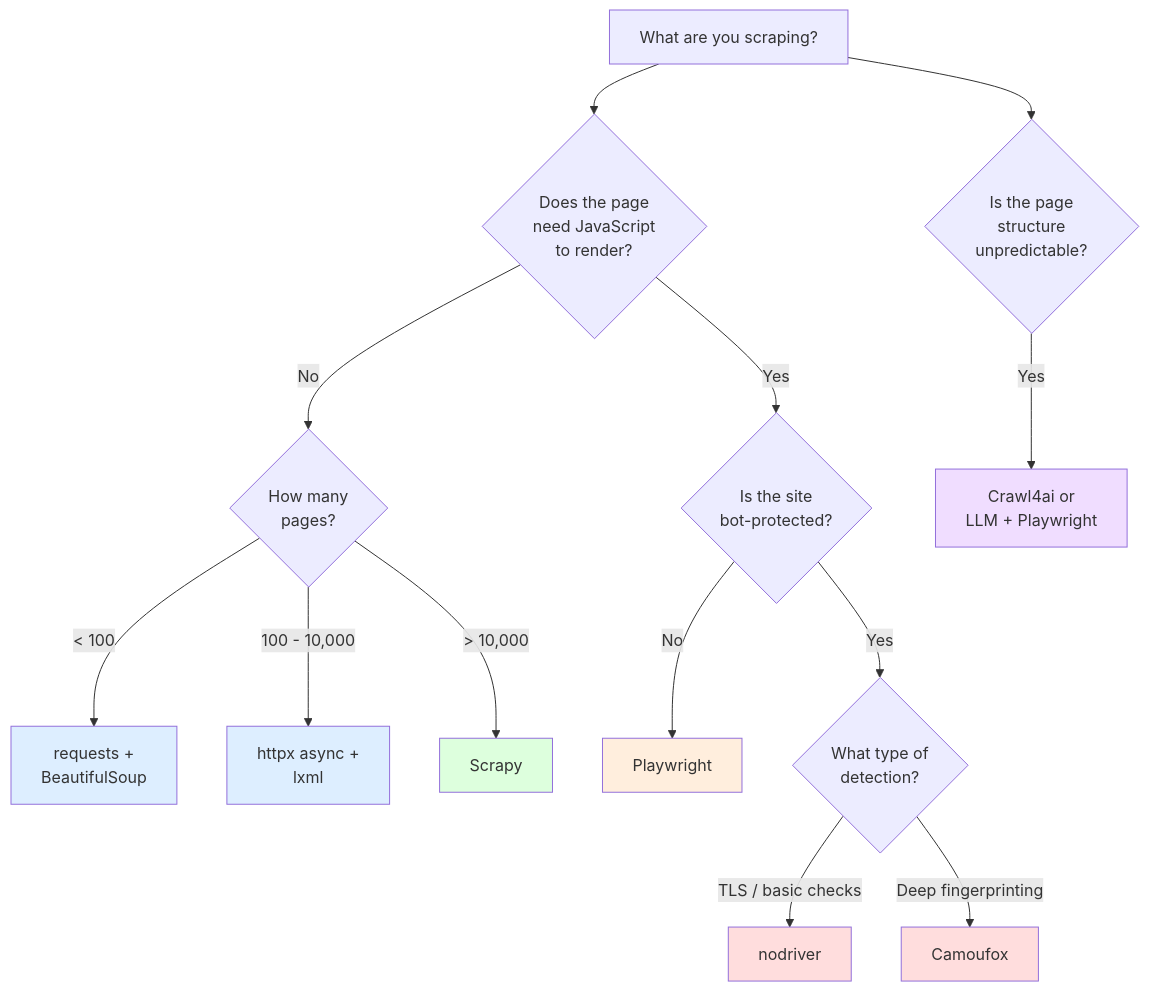
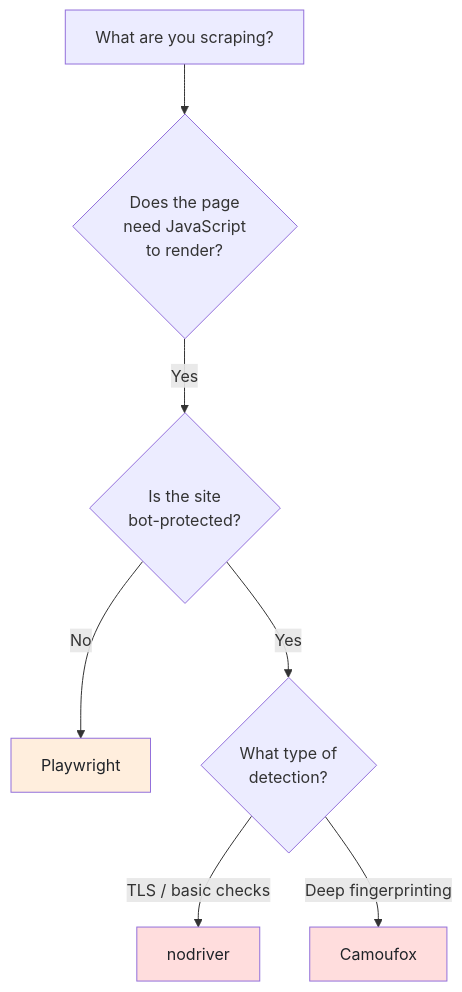
One commit to bytetunnels/bytetunnels.github.com changed the third of 6 diagrams in _posts/2026-02-20-best-python-scraper-for-automation-choosing-your-stack.md. Above: the diagram before and after it, drawn with Mermaid. The commit also changed other lines of this file and 118 other files, not shown here.

Commit message:
feat: improve diagram styling and compact wide flowcharts

````diff
--- a/_posts/2026-02-20-best-python-scraper-for-automation-choosing-your-stack.md
+++ b/_posts/2026-02-20-best-python-scraper-for-automation-choosing-your-stack.md
@@ -452,27 +470,15 @@
 ```mermaid
 graph TD
     A["What are you scraping?"] --> B{"Does the page<br>need JavaScript<br>to render?"}
-    B -->|No| C{"How many<br>pages?"}
     B -->|Yes| D{"Is the site<br>bot-protected?"}
-
-    C -->|"< 100"| E["requests +<br>BeautifulSoup"]
-    C -->|"100 - 10,000"| F["httpx async +<br>lxml"]
-    C -->|"> 10,000"| G["Scrapy"]
 
     D -->|No| H["Playwright"]
     D -->|Yes| I{"What type of<br>detection?"}
 
     I -->|"TLS / basic checks"| J["nodriver"]
     I -->|"Deep fingerprinting"| K["Camoufox"]
 
-    A --> L{"Is the page<br>structure<br>unpredictable?"}
-    L -->|Yes| M["Crawl4ai or<br>LLM + Playwright"]
-
-    style E fill:#ddeeff
-    style F fill:#ddeeff
-    style G fill:#ddffdd
-    style H fill:#ffeedd
-    style J fill:#ffdddd
-    style K fill:#ffdddd
-    style M fill:#f0ddff
+    style H fill:#ffeedd,color:#1f2328
+    style J fill:#ffdddd,color:#1f2328
+    style K fill:#ffdddd,color:#1f2328
 ```
````
